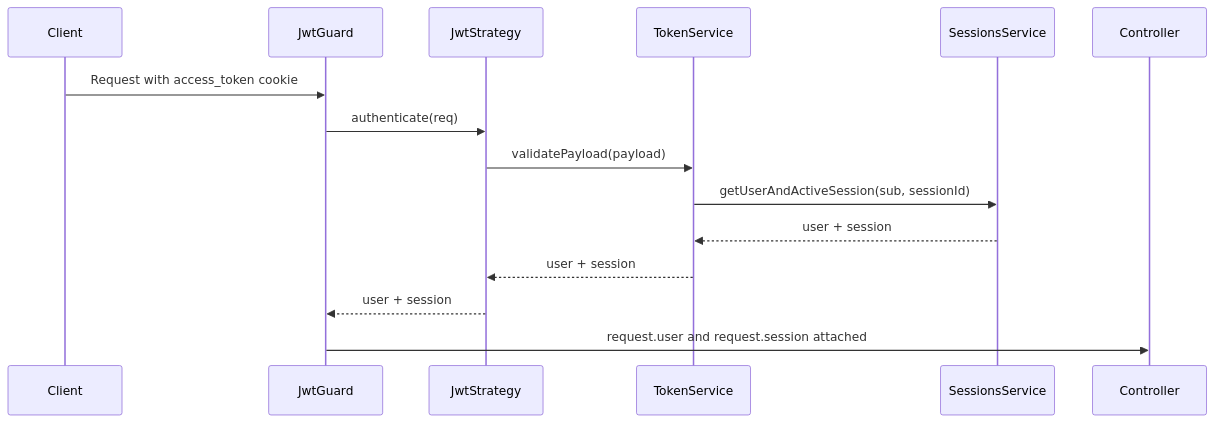
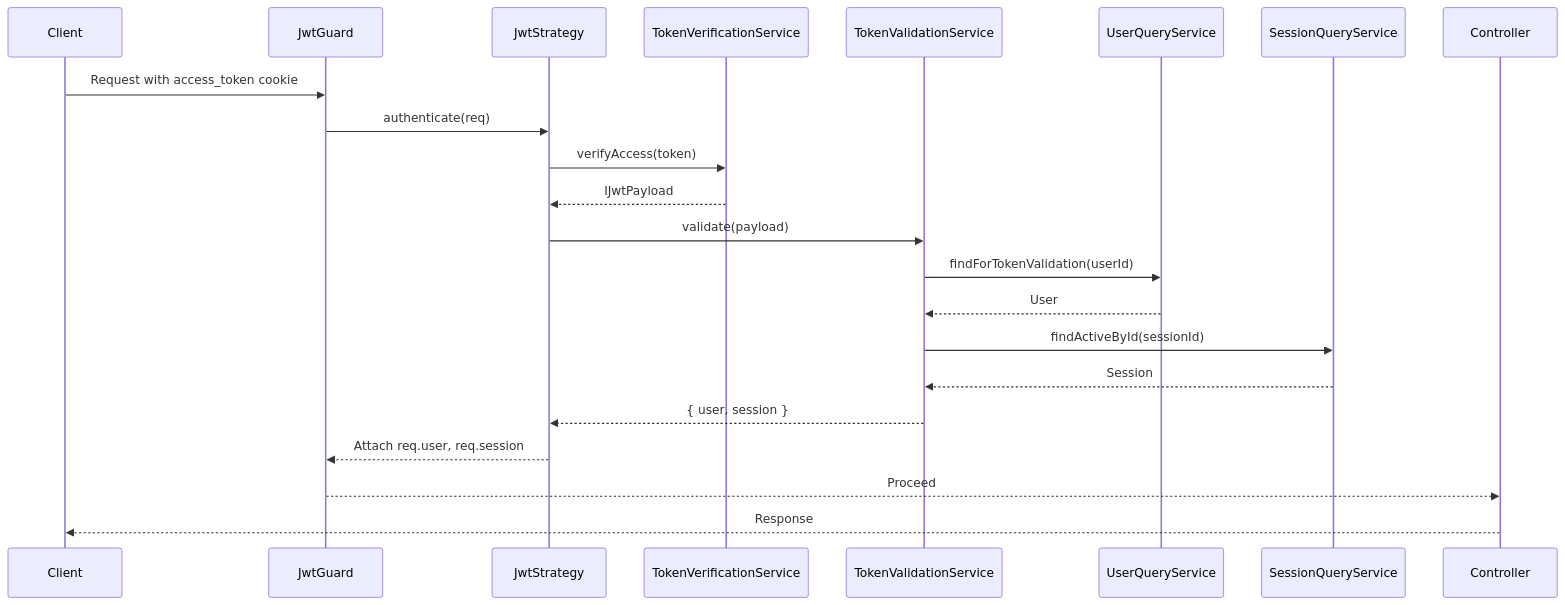
The third of 7 diagrams in docs/diagrams.md (l1mindr/nest-backend), drawn with Mermaid before and after one commit. The commit also changed other lines of this file and 19 other files, not shown here.

Commit message:
docs(architecture): update project documentation after architecture refactor

````diff
--- a/docs/diagrams.md
+++ b/docs/diagrams.md
@@ -58,18 +92,29 @@
 ```mermaid
 sequenceDiagram
-  participant Client
-  participant JwtGuard
-  participant JwtStrategy
-  participant TokenService
-  participant SessionsService
-  participant Controller
+    participant Client
+    participant JwtGuard
+    participant JwtStrategy
+    participant TokenVerificationService
+    participant TokenValidationService
+    participant UserQueryService
+    participant SessionQueryService
+    participant Controller
 
-  Client->>JwtGuard: Request with access_token cookie
-  JwtGuard->>JwtStrategy: authenticate(req)
-  JwtStrategy->>TokenService: validatePayload(payload)
-  TokenService->>SessionsService: getUserAndActiveSession(sub, sessionId)
-  SessionsService-->>TokenService: user + session
-  TokenService-->>JwtStrategy: user + session
-  JwtStrategy-->>JwtGuard: user + session
-  JwtGuard->>Controller: request.user and request.session attached
+    Client->>JwtGuard: Request with access_token cookie
+    JwtGuard->>JwtStrategy: authenticate(req)
+    JwtStrategy->>TokenVerificationService: verifyAccess(token)
+    TokenVerificationService-->>JwtStrategy: IJwtPayload
+
+    JwtStrategy->>TokenValidationService: validate(payload)
+    TokenValidationService->>UserQueryService: findForTokenValidation(userId)
+    UserQueryService-->>TokenValidationService: User
+
+    TokenValidationService->>SessionQueryService: findActiveById(sessionId)
+    SessionQueryService-->>TokenValidationService: Session
+
+    TokenValidationService-->>JwtStrategy: { user, session }
+
+    JwtStrategy-->>JwtGuard: Attach req.user, req.session
+    JwtGuard-->>Controller: Proceed
+    Controller-->>Client: Response
 ```
````
